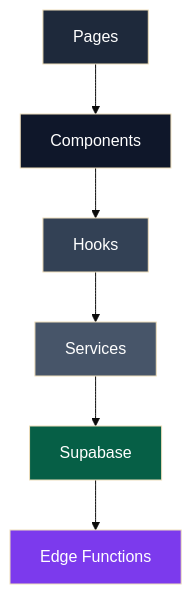
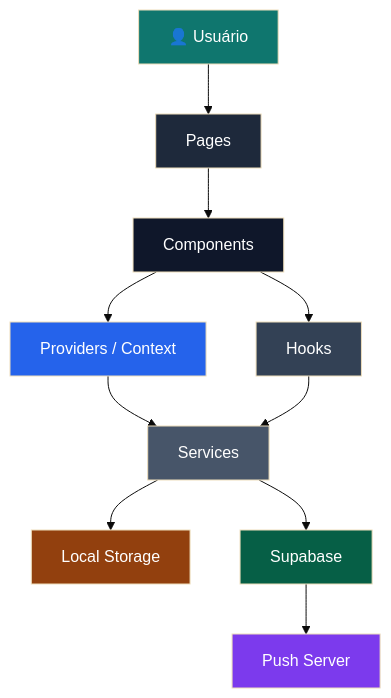
The first of 4 diagrams in README.md (Projeto-Fluidity/fluidity), drawn with Mermaid (base theme) before and after one commit. The commit also changed other lines of this file, not shown here.

````diff
--- a/README.md
+++ b/README.md
@@ -98,23 +111,42 @@
 ```mermaid
 flowchart TD
 
+User["👤 Usuário"]
+
 Page["Pages"]
 Component["Components"]
+
+Provider["Providers / Context"]
 Hook["Hooks"]
+
 Service["Services"]
+
+Storage["Local Storage"]
 Supabase["Supabase"]
-Edge["Edge Functions"]
+Push["Push Server"]
+
+User --> Page
 
 Page --> Component
+
+Component --> Provider
 Component --> Hook
+
+Provider --> Service
 Hook --> Service
+
+Service --> Storage
 Service --> Supabase
-Supabase --> Edge
 
+Supabase --> Push
+
+style User fill:#0f766e,color:#fff
 style Page fill:#1e293b,color:#fff
 style Component fill:#0f172a,color:#fff
+style Provider fill:#2563eb,color:#fff
 style Hook fill:#334155,color:#fff
 style Service fill:#475569,color:#fff
+style Storage fill:#92400e,color:#fff
 style Supabase fill:#065f46,color:#fff
-style Edge fill:#7c3aed,color:#fff
+style Push fill:#7c3aed,color:#fff
 ```
````
